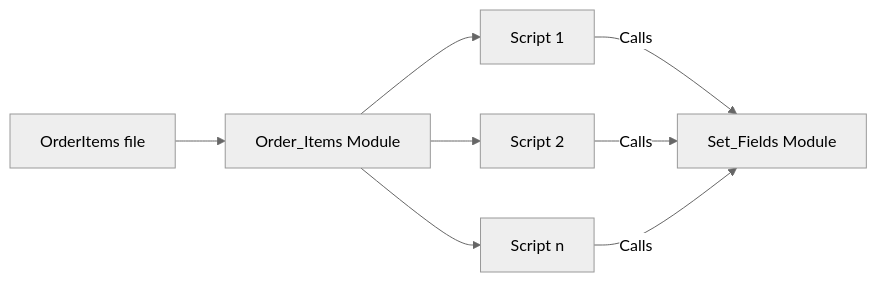
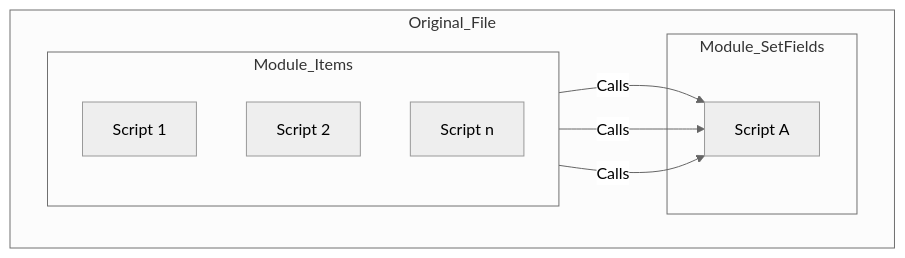
The first of 4 diagrams in Dependencies.md (CloudChi/FX-Framework), drawn with Mermaid (neutral theme) before and after one commit. The commit also changed other lines of this file and 1 other file, not shown here.

Commit message:
Fixed charts

````diff
--- a/Dependencies.md
+++ b/Dependencies.md
@@ -15,10 +16,18 @@
 ```mermaid
 graph LR
-A[OrderItems file]  --> B[Order_Items Module]
-B --> C[Script 1]
-B --> D[Script 2]
-B --> E[Script n]
-C -- Calls --> F[Set_Fields Module]
-D -- Calls --> F 
-E -- Calls --> F 
+    subgraph Original_File
+        direction LR
+        subgraph Module_Items
+            direction TB
+            A[Script 1]
+            B[Script 2]
+            C[Script n]
+        end
+        subgraph Module_SetFields
+            D[Script A]
+        end
+        A --Calls--> D
+        B --Calls--> D
+        C --Calls--> D
+    end
 ```
````
